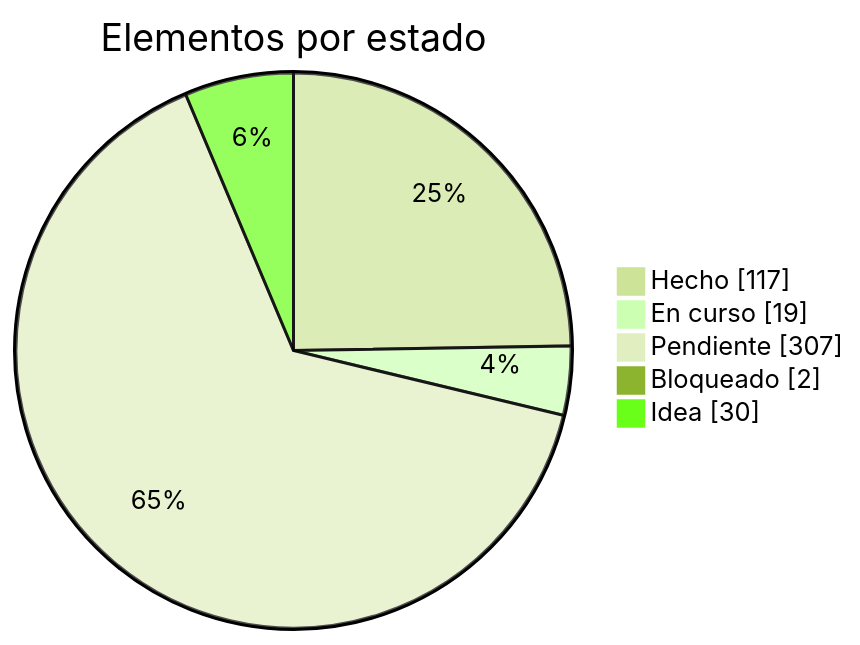
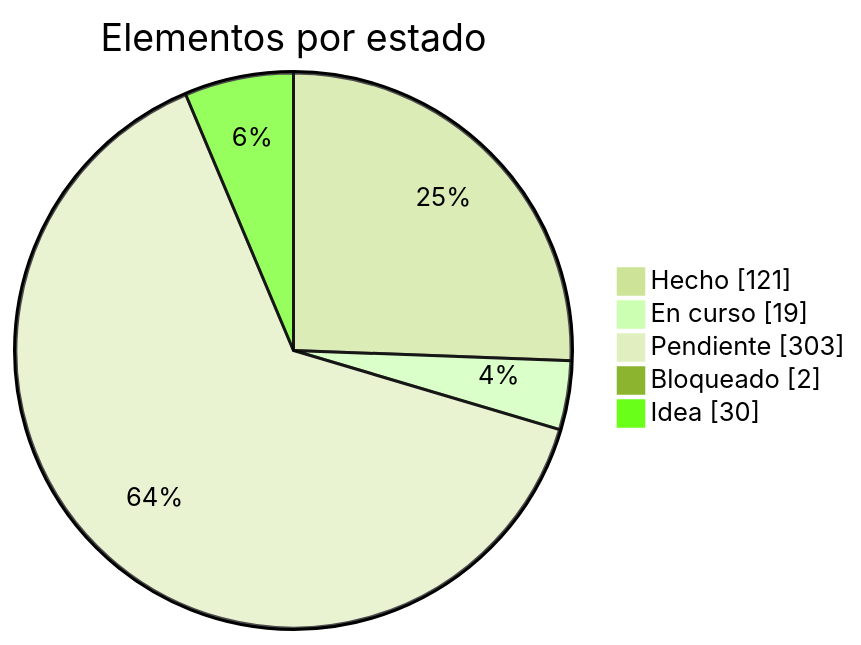
Before and after one commit to dariogea/BM27: the first of 2 diagrams in docs/roadmap.md, drawn with Mermaid (forest theme). The commit also changed other lines of this file and 17 other files, not shown here.

````diff
--- a/docs/roadmap.md
+++ b/docs/roadmap.md
@@ -13,8 +13,8 @@
 ```mermaid
 pie showData title Elementos por estado
-  "Hecho" : 117
+  "Hecho" : 121
   "En curso" : 19
-  "Pendiente" : 307
+  "Pendiente" : 303
   "Bloqueado" : 2
   "Idea" : 30
 ```
````
